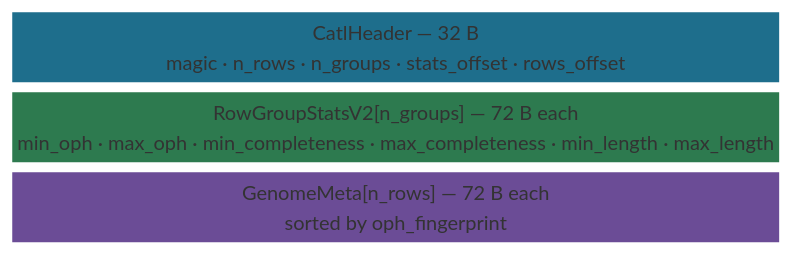
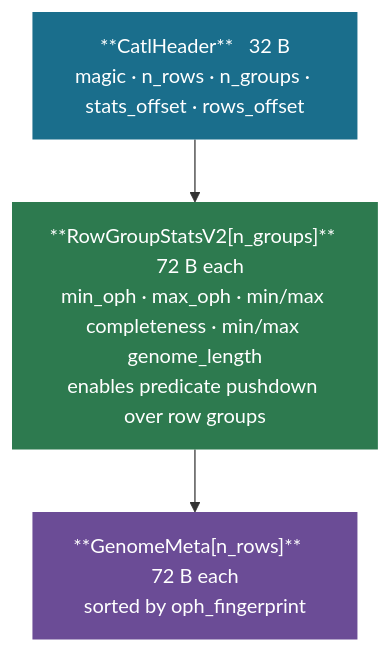
One commit to genomewalker/genopack changed the third of 3 diagrams in docs/format.md. Above: the diagram before and after it, drawn with Mermaid. The commit also changed other lines of this file, not shown here.

Commit message:
docs: use flowchart TB instead of block-beta (wider Mermaid support)

````diff
--- a/docs/format.md
+++ b/docs/format.md
@@ -84,11 +86,12 @@
 ```mermaid
-block-beta
-  columns 1
-  ch["CatlHeader — 32 B\nmagic · n_rows · n_groups · stats_offset · rows_offset"]
-  rgs["RowGroupStatsV2[n_groups] — 72 B each\nmin_oph · max_oph · min_completeness · max_completeness · min_length · max_length"]
-  rows["GenomeMeta[n_rows] — 72 B each\nsorted by oph_fingerprint"]
+flowchart TB
+    ch["**CatlHeader** &nbsp; 32 B\nmagic · n_rows · n_groups · stats_offset · rows_offset"]
+    rgs["**RowGroupStatsV2[n_groups]** &nbsp; 72 B each\nmin_oph · max_oph · min/max completeness · min/max genome_length\nenables predicate pushdown over row groups"]
+    rows["**GenomeMeta[n_rows]** &nbsp; 72 B each\nsorted by oph_fingerprint"]
 
-  style ch   fill:#1e6e8c,color:#fff,stroke:none
-  style rgs  fill:#2d7a4f,color:#fff,stroke:none
-  style rows fill:#6b4c96,color:#fff,stroke:none
+    ch --> rgs --> rows
+
+    style ch   fill:#1a6e8c,color:#fff,stroke:none
+    style rgs  fill:#2d7a4f,color:#fff,stroke:none
+    style rows fill:#6b4c96,color:#fff,stroke:none
 ```
````
